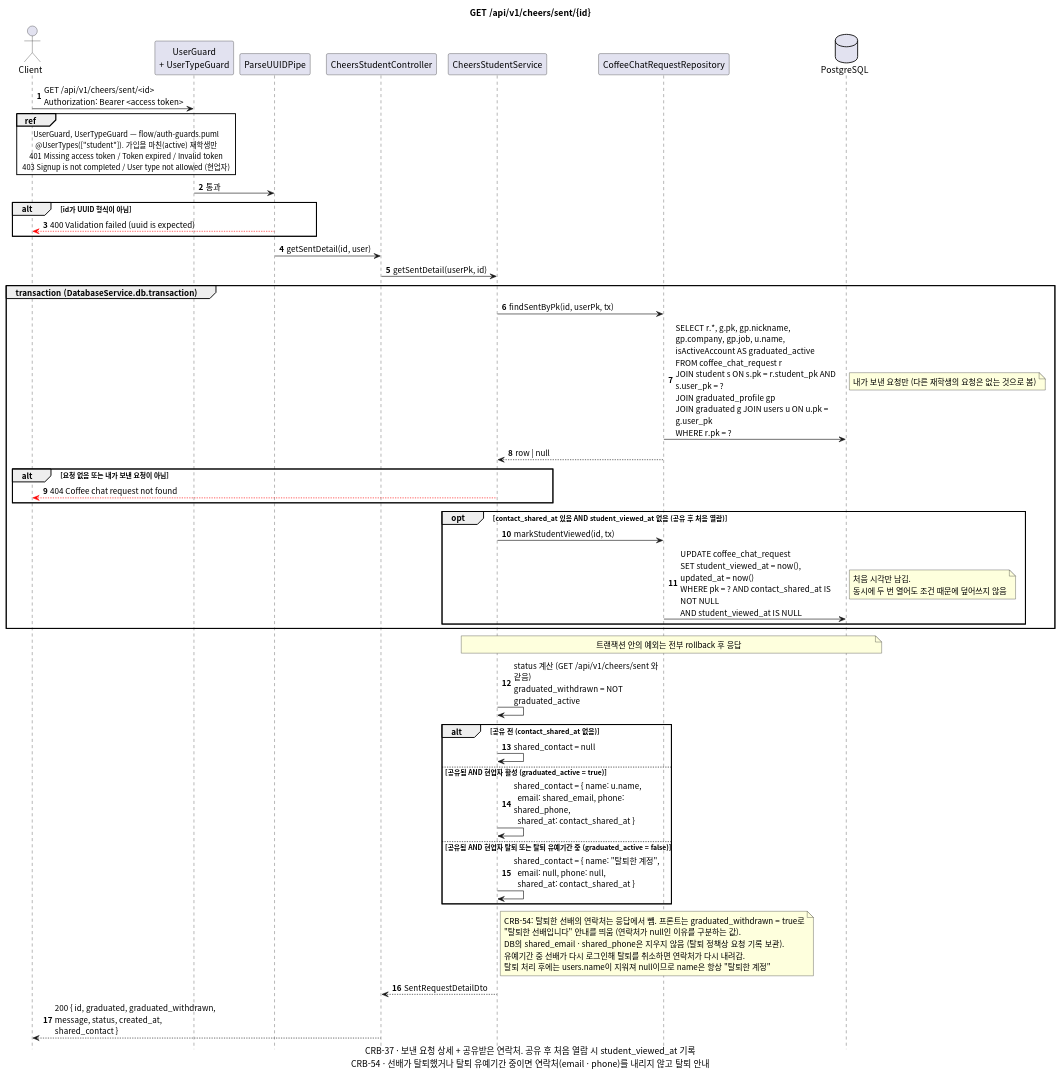
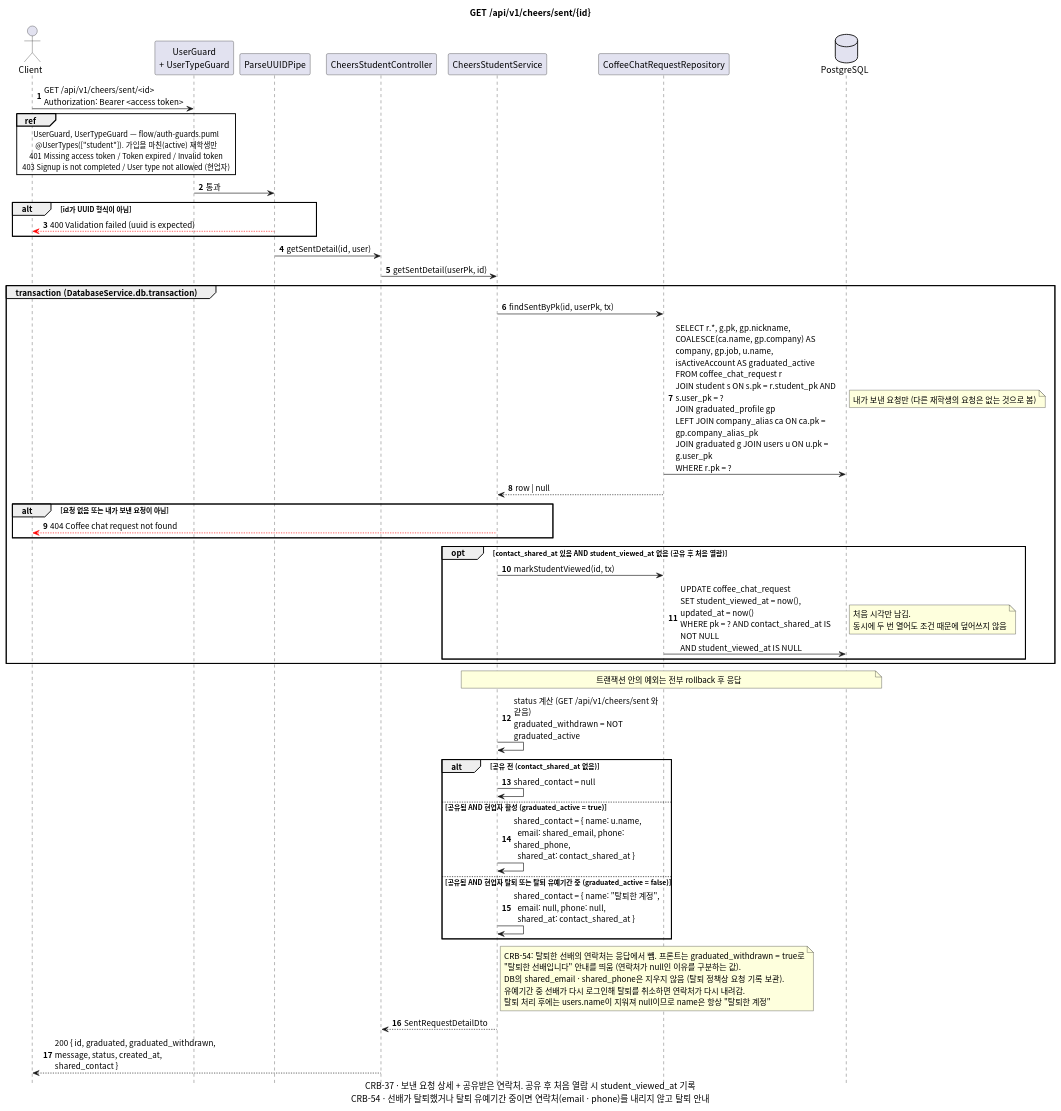
Before and after one commit to gsainfoteam/cheers-be: the diagram in docs/sequence/cheers/get-cheers-sent-id.puml, drawn with PlantUML. The commit also changed 18 other files, not shown here.

Commit message:
- docs: add company sequence diagrams (CRB-68)

```diff
--- a/docs/sequence/cheers/get-cheers-sent-id.puml
+++ b/docs/sequence/cheers/get-cheers-sent-id.puml
@@ -1,71 +1,71 @@
 @startuml get-cheers-sent-id
 skinparam defaultFontName "Apple SD Gothic Neo", "Noto Sans CJK KR", sans-serif
 skinparam responseMessageBelowArrow true
 skinparam sequenceMessageAlign left
 skinparam maxMessageSize 260
 skinparam BoxPadding 8
 skinparam shadowing false
 autonumber
 hide footbox
 
 title GET /api/v1/cheers/sent/{id}
 caption CRB-37 · 보낸 요청 상세 + 공유받은 연락처. 공유 후 처음 열람 시 student_viewed_at 기록\nCRB-54 · 선배가 탈퇴했거나 탈퇴 유예기간 중이면 연락처(email · phone)를 내리지 않고 탈퇴 안내
 
 actor Client
 participant "UserGuard\n+ UserTypeGuard" as Guard
 participant "ParseUUIDPipe" as Pipe
 participant "CheersStudentController" as Controller
 participant "CheersStudentService" as Service
 participant "CoffeeChatRequestRepository" as CoffeeChatRequestRepository
 database PostgreSQL
 
 Client -> Guard: GET /api/v1/cheers/sent/<id>\nAuthorization: Bearer <access token>
 ref over Client, Guard
   UserGuard, UserTypeGuard — flow/auth-guards.puml
   @UserTypes(["student"]). 가입을 마친(active) 재학생만
   401 Missing access token / Token expired / Invalid token
   403 Signup is not completed / User type not allowed (현업자)
 end ref
 Guard -> Pipe: 통과
 alt id가 UUID 형식이 아님
   Pipe -[#red]-> Client: 400 Validation failed (uuid is expected)
 end
 Pipe -> Controller: getSentDetail(id, user)
 Controller -> Service: getSentDetail(userPk, id)
 
 group transaction (DatabaseService.db.transaction)
   Service -> CoffeeChatRequestRepository: findSentByPk(id, userPk, tx)
-  CoffeeChatRequestRepository -> PostgreSQL: SELECT r.*, g.pk, gp.nickname, gp.company, gp.job, u.name,\nisActiveAccount AS graduated_active\nFROM coffee_chat_request r\nJOIN student s ON s.pk = r.student_pk AND s.user_pk = ?\nJOIN graduated_profile gp\nJOIN graduated g JOIN users u ON u.pk = g.user_pk\nWHERE r.pk = ?
+  CoffeeChatRequestRepository -> PostgreSQL: SELECT r.*, g.pk, gp.nickname, COALESCE(ca.name, gp.company) AS company, gp.job, u.name,\nisActiveAccount AS graduated_active\nFROM coffee_chat_request r\nJOIN student s ON s.pk = r.student_pk AND s.user_pk = ?\nJOIN graduated_profile gp\nLEFT JOIN company_alias ca ON ca.pk = gp.company_alias_pk\nJOIN graduated g JOIN users u ON u.pk = g.user_pk\nWHERE r.pk = ?
   note right: 내가 보낸 요청만 (다른 재학생의 요청은 없는 것으로 봄)
   CoffeeChatRequestRepository --> Service: row | null
   alt 요청 없음 또는 내가 보낸 요청이 아님
     Service -[#red]-> Client: 404 Coffee chat request not found
   end
 
   opt contact_shared_at 있음 AND student_viewed_at 없음 (공유 후 처음 열람)
     Service -> CoffeeChatRequestRepository: markStudentViewed(id, tx)
     CoffeeChatRequestRepository -> PostgreSQL: UPDATE coffee_chat_request\nSET student_viewed_at = now(), updated_at = now()\nWHERE pk = ? AND contact_shared_at IS NOT NULL\nAND student_viewed_at IS NULL
     note right: 처음 시각만 남김.\n동시에 두 번 열어도 조건 때문에 덮어쓰지 않음
   end
 end
 note over Service, PostgreSQL: 트랜잭션 안의 예외는 전부 rollback 후 응답
 
 Service -> Service: status 계산 (GET /api/v1/cheers/sent 와 같음)\ngraduated_withdrawn = NOT graduated_active
 alt 공유 전 (contact_shared_at 없음)
   Service -> Service: shared_contact = null
 else 공유됨 AND 현업자 활성 (graduated_active = true)
   Service -> Service: shared_contact = { name: u.name,\n  email: shared_email, phone: shared_phone,\n  shared_at: contact_shared_at }
 else 공유됨 AND 현업자 탈퇴 또는 탈퇴 유예기간 중 (graduated_active = false)
   Service -> Service: shared_contact = { name: "탈퇴한 계정",\n  email: null, phone: null,\n  shared_at: contact_shared_at }
 end
 note right of Service
   CRB-54: 탈퇴한 선배의 연락처는 응답에서 뺌. 프론트는 graduated_withdrawn = true로
   "탈퇴한 선배입니다" 안내를 띄움 (연락처가 null인 이유를 구분하는 값).
   DB의 shared_email · shared_phone은 지우지 않음 (탈퇴 정책상 요청 기록 보관).
   유예기간 중 선배가 다시 로그인해 탈퇴를 취소하면 연락처가 다시 내려감.
   탈퇴 처리 후에는 users.name이 지워져 null이므로 name은 항상 "탈퇴한 계정"
 end note
 Service --> Controller: SentRequestDetailDto
 Controller --> Client: 200 { id, graduated, graduated_withdrawn, message, status, created_at, shared_contact }
 
 @enduml
```
